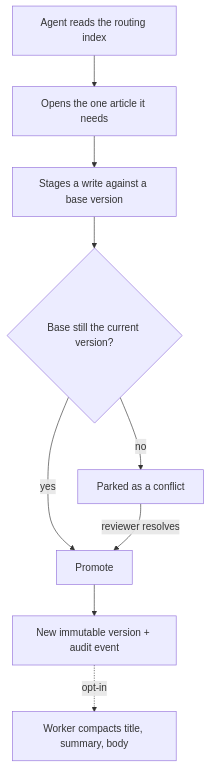
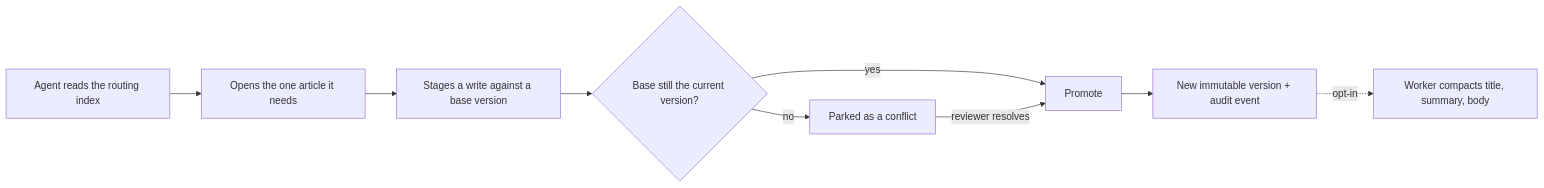
One commit to rementum/rementum changed the diagram in README.md. Above: the diagram before and after it, drawn with Mermaid.

Commit message:
docs: lay the README lifecycle diagram out horizontally
Switch the mermaid flow from top-down to left-right.

````diff
--- a/README.md
+++ b/README.md
@@ -41,11 +41,11 @@
 ```mermaid
-flowchart TD
+flowchart LR
     IDX[Agent reads the routing index] --> ART[Opens the one article it needs]
     ART --> STG[Stages a write against a base version]
     STG --> CHK{Base still the current version?}
     CHK -->|yes| PRM[Promote]
     CHK -->|no| PRK[Parked as a conflict]
     PRK -->|reviewer resolves| PRM
     PRM --> VER[New immutable version + audit event]
     VER -.->|opt-in| CMP[Worker compacts title, summary, body]
 ```
````
